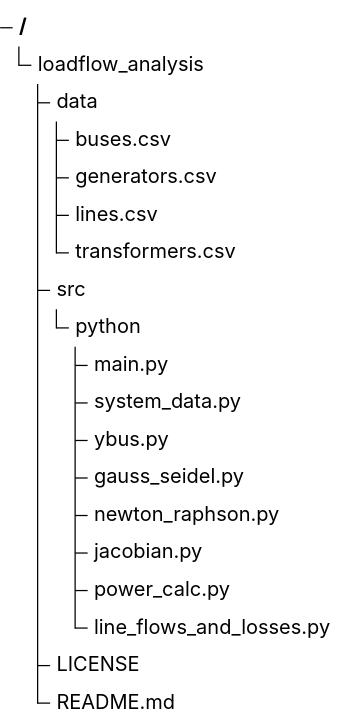
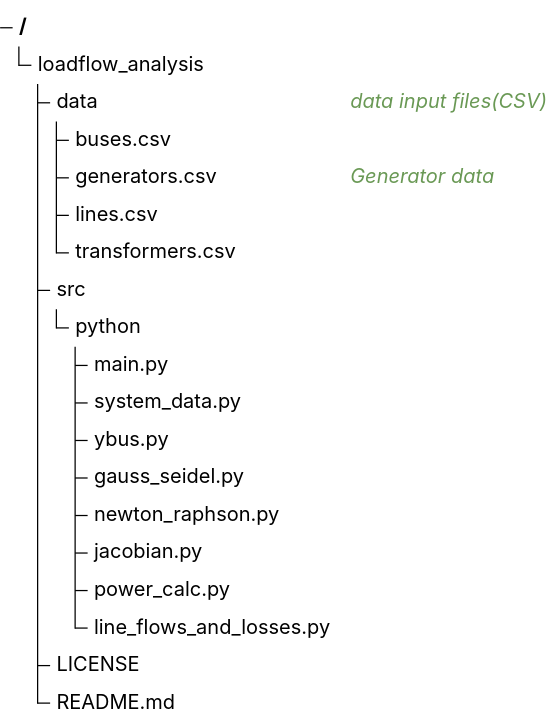
The diagram in README.md (sai-power-systems/loadflow-analysis-toolkit), drawn with Mermaid before and after one commit. The commit also changed 1 other file, not shown here.

````diff
--- a/README.md
+++ b/README.md
@@ -23,24 +23,24 @@
 ```mermaid
 treeView-beta
   ┣━━ loadflow_analysis
-    ┣━━ data
+    ┣━━ data ## data input files(CSV)
     ┃   ┣━━ buses.csv
-    ┃   ┣━━ generators.csv
+    ┃   ┣━━ generators.csv ## Generator data
     ┃   ┣━━ lines.csv
     ┃   ┗━━ transformers.csv
     ┣━━ src
     ┃   ┗━━ python
     ┃       ┣━━ main.py
     ┃       ┣━━ system_data.py
     ┃       ┣━━ ybus.py
     ┃       ┣━━ gauss_seidel.py
     ┃       ┣━━ newton_raphson.py
     ┃       ┣━━ jacobian.py
     ┃       ┣━━ power_calc.py
     ┃       ┗━━ line_flows_and_losses.py
     ┣━━ LICENSE
     ┗━━ README.md
 
 
 
 ```
````
